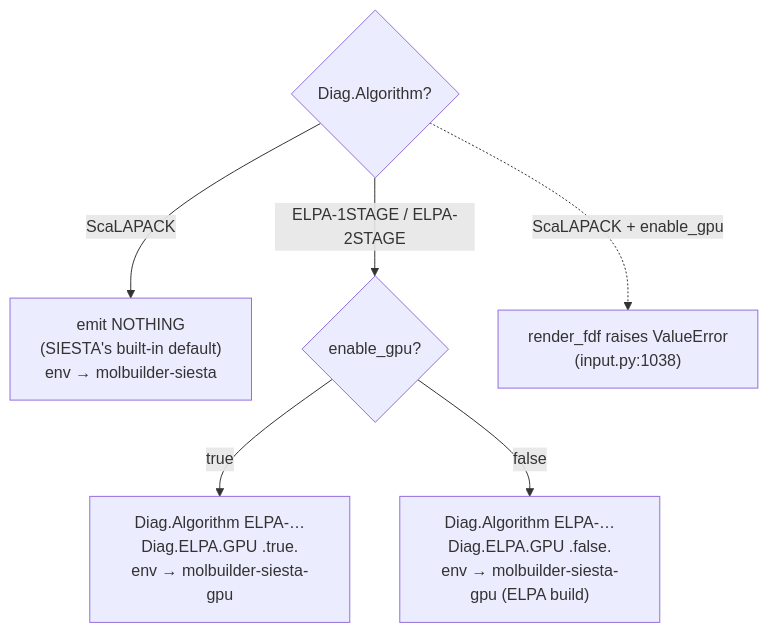
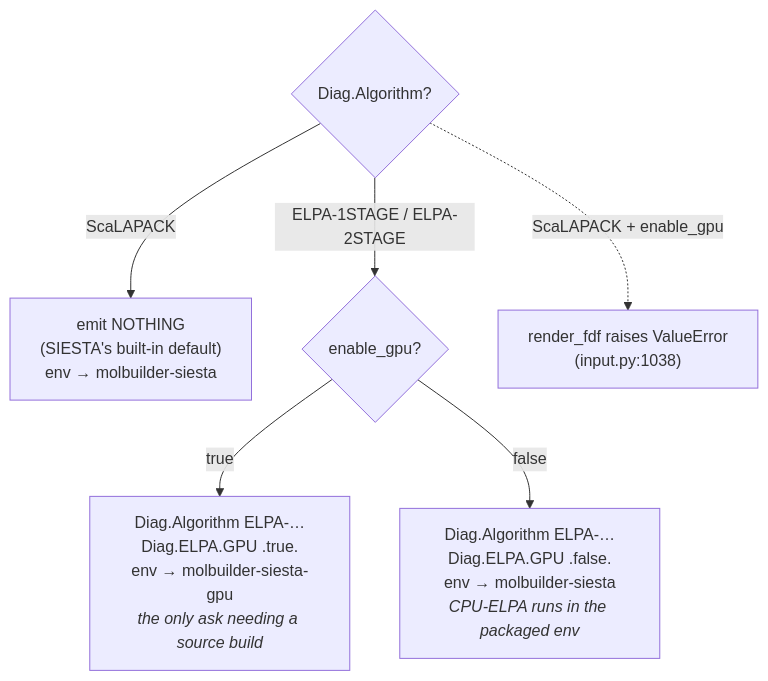
The third of 3 diagrams in docs/engines/siesta.md (Qing-LAB/molbuilder), drawn with Mermaid before and after one commit. The commit also changed other lines of this file and 3 other files, not shown here.

First line of the commit message:
docs(siesta): the env split is provenance, not hardware -- and CPU-ELPA needs neither env

````diff
--- a/docs/engines/siesta.md
+++ b/docs/engines/siesta.md
@@ -325,9 +325,9 @@
 ```mermaid
 flowchart TD
     A{"Diag.Algorithm?"}
     A -->|ScaLAPACK| S["emit NOTHING<br/>(SIESTA's built-in default)<br/>env → molbuilder-siesta"]
     A -->|"ELPA-1STAGE / ELPA-2STAGE"| G{"enable_gpu?"}
-    G -->|"true"| GPU["Diag.Algorithm ELPA-…<br/>Diag.ELPA.GPU .true.<br/>env → molbuilder-siesta-gpu"]
-    G -->|"false"| CPU["Diag.Algorithm ELPA-…<br/>Diag.ELPA.GPU .false.<br/>env → molbuilder-siesta-gpu (ELPA build)"]
+    G -->|"true"| GPU["Diag.Algorithm ELPA-…<br/>Diag.ELPA.GPU .true.<br/>env → molbuilder-siesta-gpu<br/><i>the only ask needing a source build</i>"]
+    G -->|"false"| CPU["Diag.Algorithm ELPA-…<br/>Diag.ELPA.GPU .false.<br/>env → molbuilder-siesta<br/><i>CPU-ELPA runs in the packaged env</i>"]
     A -.->|"ScaLAPACK + enable_gpu"| ERR["render_fdf raises ValueError<br/>(input.py:1038)"]
 ```
````
